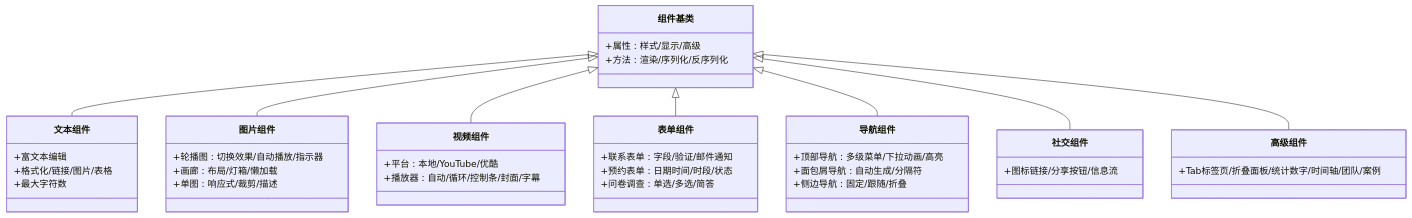
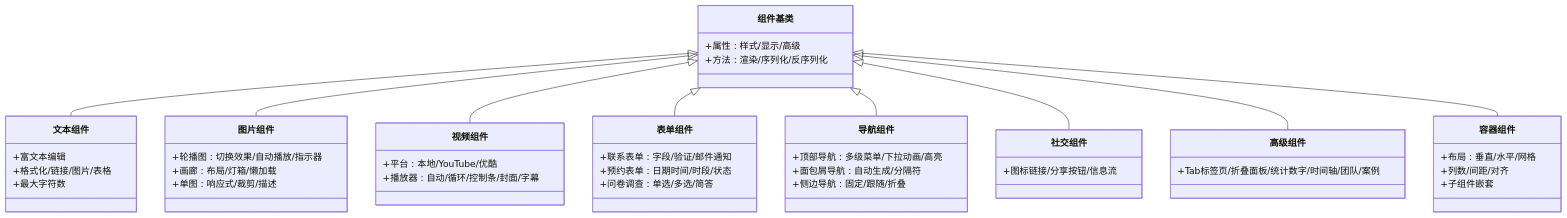
The third of 8 diagrams in .qoder/repowiki/zh/content/前端组件系统/前端组件系统.md (wyg5208/website_diy), drawn with Mermaid before and after one commit. The commit also changed other lines of this file and 43 other files, not shown here.

````diff
--- a/.qoder/repowiki/zh/content/前端组件系统/前端组件系统.md
+++ b/.qoder/repowiki/zh/content/前端组件系统/前端组件系统.md
@@ -114,44 +169,50 @@
 ```mermaid
 classDiagram
 class 组件基类 {
 +属性 : 样式/显示/高级
 +方法 : 渲染/序列化/反序列化
 }
 class 文本组件 {
 +富文本编辑
 +格式化/链接/图片/表格
 +最大字符数
 }
 class 图片组件 {
 +轮播图 : 切换效果/自动播放/指示器
 +画廊 : 布局/灯箱/懒加载
 +单图 : 响应式/裁剪/描述
 }
 class 视频组件 {
 +平台 : 本地/YouTube/优酷
 +播放器 : 自动/循环/控制条/封面/字幕
 }
 class 表单组件 {
 +联系表单 : 字段/验证/邮件通知
 +预约表单 : 日期时间/时段/状态
 +问卷调查 : 单选/多选/简答
 }
 class 导航组件 {
 +顶部导航 : 多级菜单/下拉动画/高亮
 +面包屑导航 : 自动生成/分隔符
 +侧边导航 : 固定/跟随/折叠
 }
 class 社交组件 {
 +图标链接/分享按钮/信息流
 }
 class 高级组件 {
 +Tab标签页/折叠面板/统计数字/时间轴/团队/案例
 }
+class 容器组件 {
++布局 : 垂直/水平/网格
++列数/间距/对齐
++子组件嵌套
+}
 组件基类 <|-- 文本组件
 组件基类 <|-- 图片组件
 组件基类 <|-- 视频组件
 组件基类 <|-- 表单组件
 组件基类 <|-- 导航组件
 组件基类 <|-- 社交组件
 组件基类 <|-- 高级组件
+组件基类 <|-- 容器组件
 ```
````
